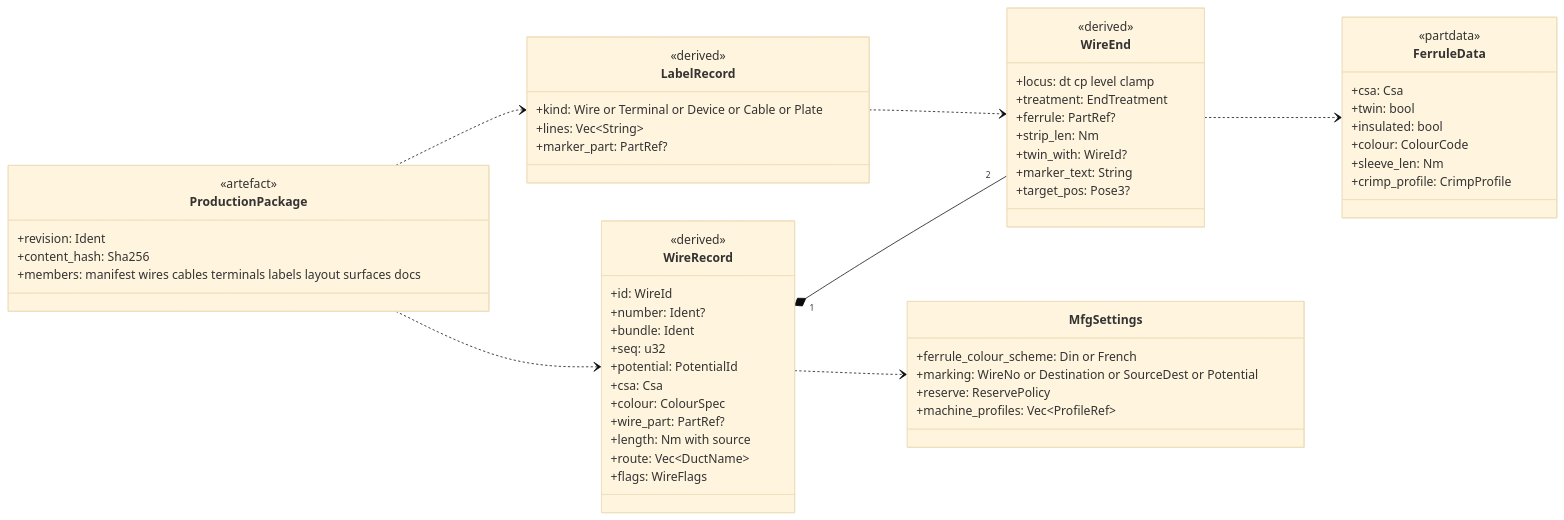
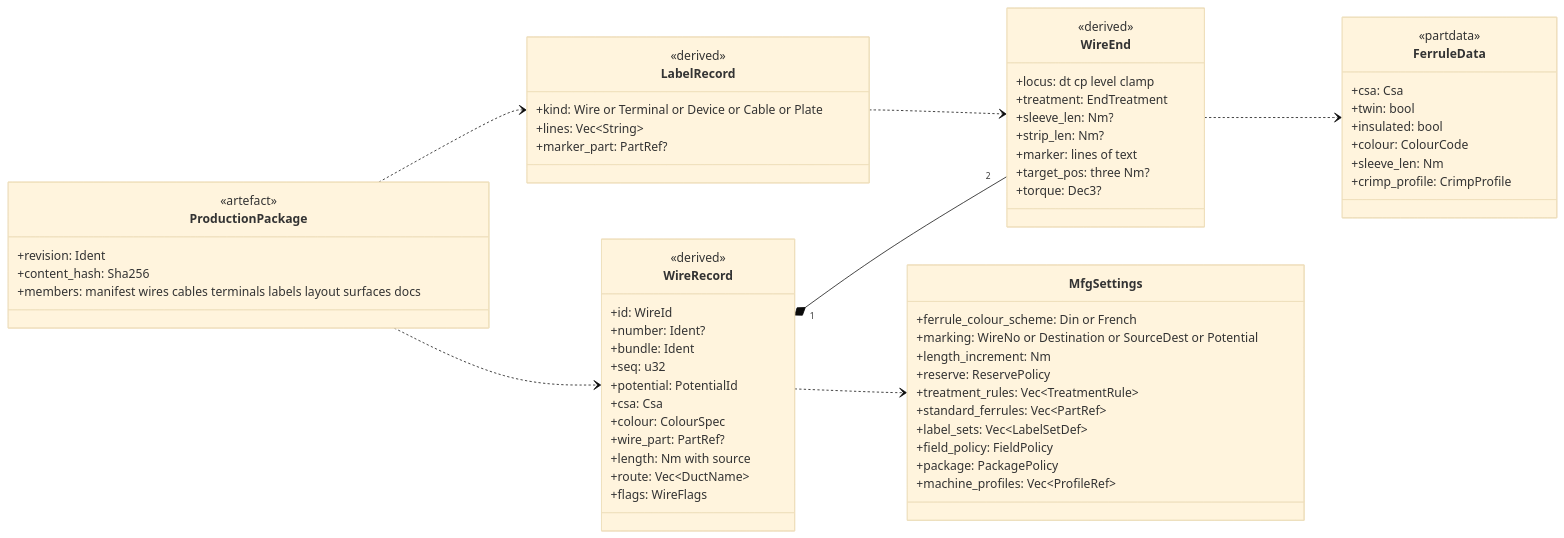
Diagram 18 of 20 in docs/design/03-domain-model.md (Ironkode787/ElektraWatt), drawn with Mermaid (base theme) before and after one commit. The commit also changed other lines of this file and 51 other files, not shown here.

First line of the commit message:
docs: integrate design set — final requirement and rule IDs, cross-doc fixes

````diff
--- a/docs/design/03-domain-model.md
+++ b/docs/design/03-domain-model.md
@@ -1737,61 +1876,67 @@
 ```mermaid
 classDiagram
   direction LR
   class WireRecord {
     <<derived>>
     +id: WireId
     +number: Ident?
     +bundle: Ident
     +seq: u32
     +potential: PotentialId
     +csa: Csa
     +colour: ColourSpec
     +wire_part: PartRef?
     +length: Nm with source
     +route: Vec~DuctName~
     +flags: WireFlags
   }
   class WireEnd {
     <<derived>>
     +locus: dt cp level clamp
     +treatment: EndTreatment
-    +ferrule: PartRef?
-    +strip_len: Nm
-    +twin_with: WireId?
-    +marker_text: String
-    +target_pos: Pose3?
+    +sleeve_len: Nm?
+    +strip_len: Nm?
+    +marker: lines of text
+    +target_pos: three Nm?
+    +torque: Dec3?
   }
   class FerruleData {
     <<partdata>>
     +csa: Csa
     +twin: bool
     +insulated: bool
     +colour: ColourCode
     +sleeve_len: Nm
     +crimp_profile: CrimpProfile
   }
   class MfgSettings {
     +ferrule_colour_scheme: Din or French
     +marking: WireNo or Destination or SourceDest or Potential
+    +length_increment: Nm
     +reserve: ReservePolicy
+    +treatment_rules: Vec~TreatmentRule~
+    +standard_ferrules: Vec~PartRef~
+    +label_sets: Vec~LabelSetDef~
+    +field_policy: FieldPolicy
+    +package: PackagePolicy
     +machine_profiles: Vec~ProfileRef~
   }
   class LabelRecord {
     <<derived>>
     +kind: Wire or Terminal or Device or Cable or Plate
     +lines: Vec~String~
     +marker_part: PartRef?
   }
   class ProductionPackage {
     <<artefact>>
     +revision: Ident
     +content_hash: Sha256
     +members: manifest wires cables terminals labels layout surfaces docs
   }
   WireRecord "1" *-- "2" WireEnd
   WireEnd ..> FerruleData
   WireRecord ..> MfgSettings
   LabelRecord ..> WireEnd
   ProductionPackage ..> WireRecord
   ProductionPackage ..> LabelRecord
 ```
````
